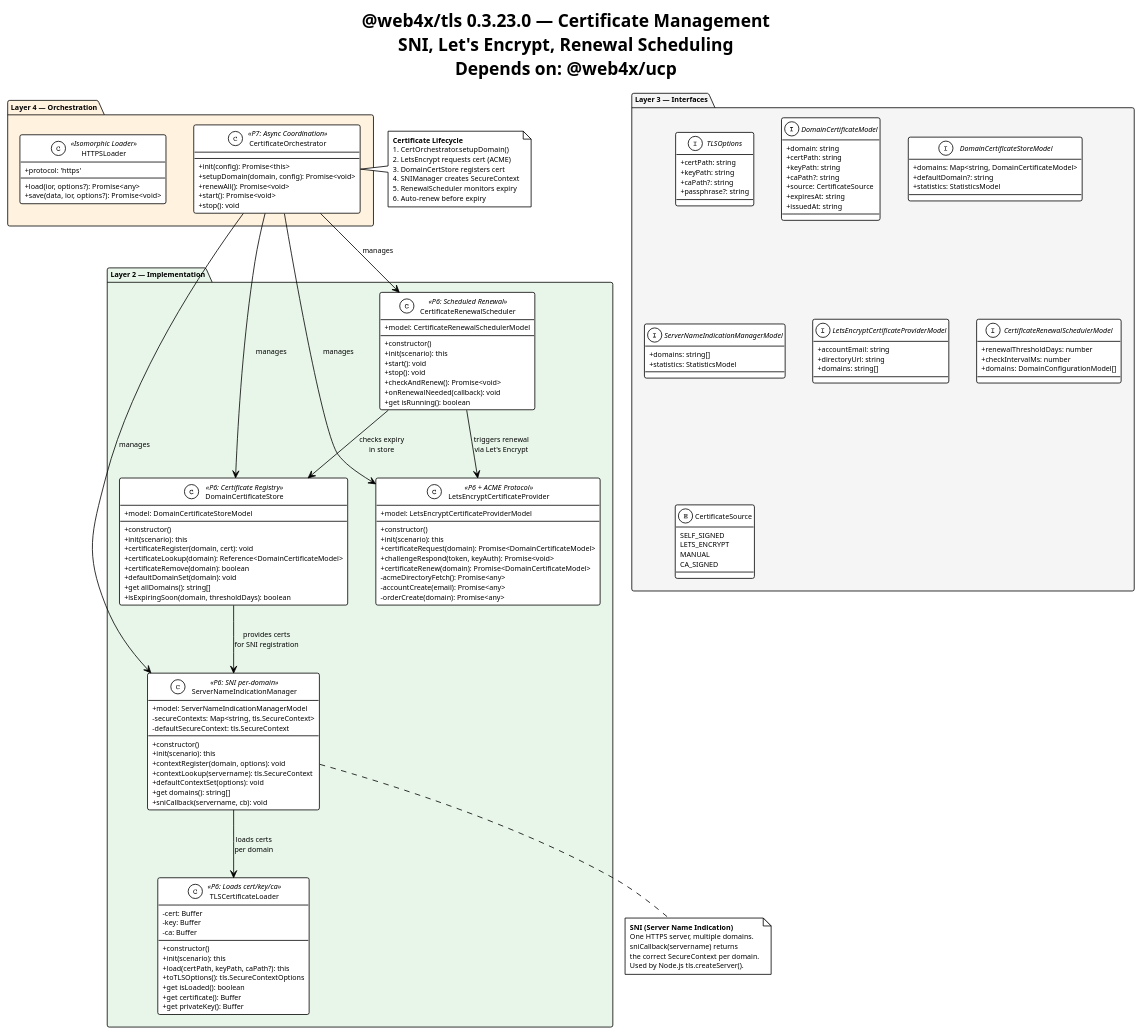
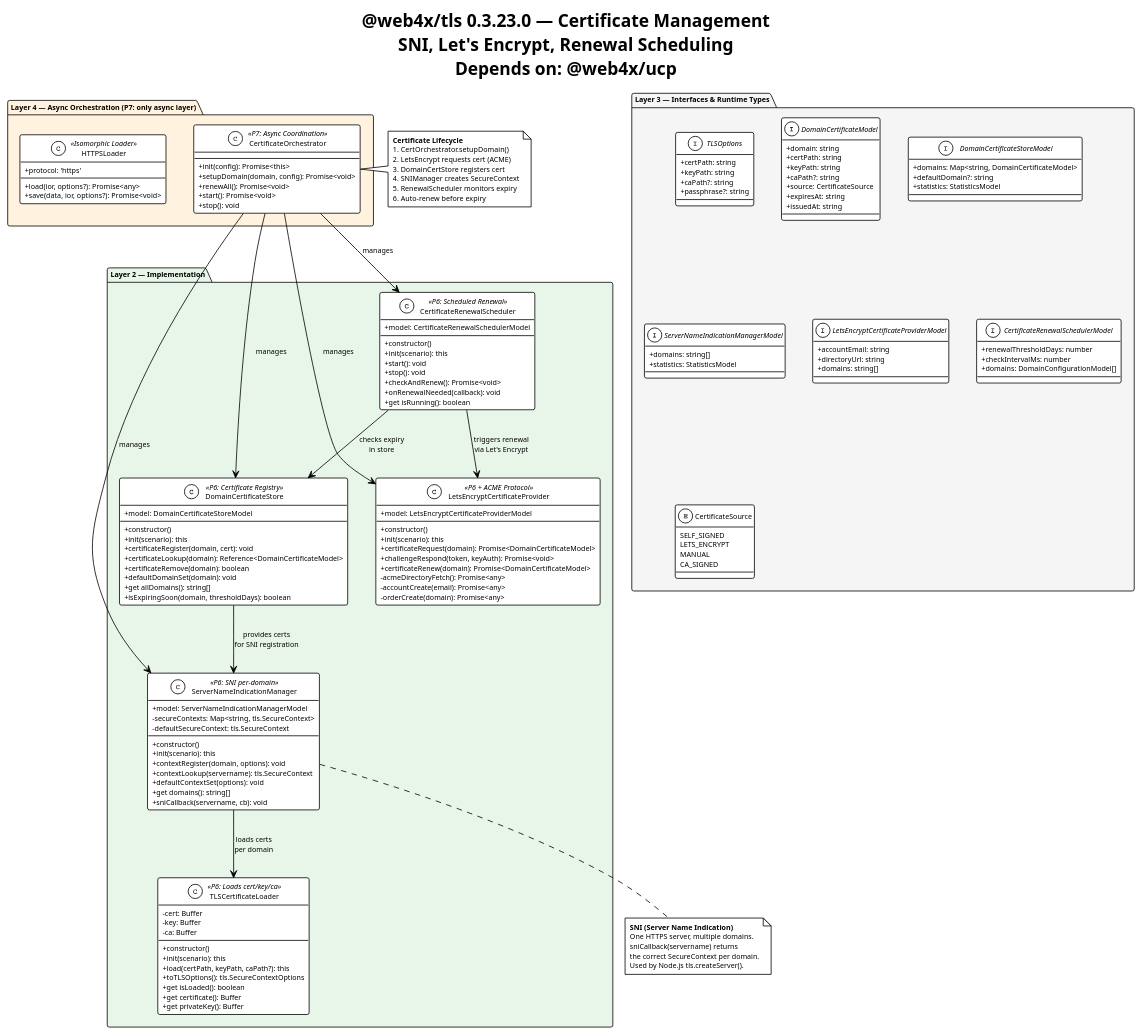
The diagram in components/TLS/0.3.23.0/src/puml/TLS-ClassDiagram.puml (Cerulean-Circle-GmbH/UpDown), drawn with PlantUML before and after one commit. The commit also changed 317 other files, not shown here.

```diff
--- a/components/TLS/0.3.23.0/src/puml/TLS-ClassDiagram.puml
+++ b/components/TLS/0.3.23.0/src/puml/TLS-ClassDiagram.puml
@@ -1,167 +1,167 @@
 @startuml TLS-ClassDiagram
 !theme plain
 skinparam backgroundColor White
 skinparam defaultFontName "Segoe UI"
 skinparam defaultFontSize 9
 skinparam classAttributeIconSize 0
 
 title @web4x/tls 0.3.23.0 — Certificate Management\nSNI, Let's Encrypt, Renewal Scheduling\nDepends on: @web4x/ucp
 
-package "Layer 3 — Interfaces" as L3 #F5F5F5 {
+package "Layer 3 — Interfaces & Runtime Types" as L3 #F5F5F5 {
   interface "TLSOptions" as ITLS {
     + certPath: string
     + keyPath: string
     + caPath?: string
     + passphrase?: string
   }
 
   interface "DomainCertificateModel" as IDCM {
     + domain: string
     + certPath: string
     + keyPath: string
     + caPath?: string
     + source: CertificateSource
     + expiresAt: string
     + issuedAt: string
   }
 
   interface "DomainCertificateStoreModel" as IDCSM {
     + domains: Map<string, DomainCertificateModel>
     + defaultDomain?: string
     + statistics: StatisticsModel
   }
 
   interface "ServerNameIndicationManagerModel" as ISNIM {
     + domains: string[]
     + statistics: StatisticsModel
   }
 
   interface "LetsEncryptCertificateProviderModel" as ILECPM {
     + accountEmail: string
     + directoryUrl: string
     + domains: string[]
   }
 
   interface "CertificateRenewalSchedulerModel" as ICRSM {
     + renewalThresholdDays: number
     + checkIntervalMs: number
     + domains: DomainConfigurationModel[]
   }
 
   enum "CertificateSource" as CS {
     SELF_SIGNED
     LETS_ENCRYPT
     MANUAL
     CA_SIGNED
   }
 }
 
 package "Layer 2 — Implementation" as L2 #E8F5E9 {
 
   class "TLSCertificateLoader" as TCL <<P6: Loads cert/key/ca>> {
     - cert: Buffer
     - key: Buffer
     - ca: Buffer
     + constructor()
     + init(scenario): this
     + load(certPath, keyPath, caPath?): this
     + toTLSOptions(): tls.SecureContextOptions
     + get isLoaded(): boolean
     + get certificate(): Buffer
     + get privateKey(): Buffer
   }
 
   class "ServerNameIndicationManager" as SNIM <<P6: SNI per-domain>> {
     + model: ServerNameIndicationManagerModel
     - secureContexts: Map<string, tls.SecureContext>
     - defaultSecureContext: tls.SecureContext
     + constructor()
     + init(scenario): this
     + contextRegister(domain, options): void
     + contextLookup(servername): tls.SecureContext
     + defaultContextSet(options): void
     + get domains(): string[]
     + sniCallback(servername, cb): void
   }
 
   class "DomainCertificateStore" as DCS <<P6: Certificate Registry>> {
     + model: DomainCertificateStoreModel
     + constructor()
     + init(scenario): this
     + certificateRegister(domain, cert): void
     + certificateLookup(domain): Reference<DomainCertificateModel>
     + certificateRemove(domain): boolean
     + defaultDomainSet(domain): void
     + get allDomains(): string[]
     + isExpiringSoon(domain, thresholdDays): boolean
   }
 
   class "LetsEncryptCertificateProvider" as LECP <<P6 + ACME Protocol>> {
     + model: LetsEncryptCertificateProviderModel
     + constructor()
     + init(scenario): this
     + certificateRequest(domain): Promise<DomainCertificateModel>
     + challengeRespond(token, keyAuth): Promise<void>
     + certificateRenew(domain): Promise<DomainCertificateModel>
     - acmeDirectoryFetch(): Promise<any>
     - accountCreate(email): Promise<any>
     - orderCreate(domain): Promise<any>
   }
 
   class "CertificateRenewalScheduler" as CRS <<P6: Scheduled Renewal>> {
     + model: CertificateRenewalSchedulerModel
     + constructor()
     + init(scenario): this
     + start(): void
     + stop(): void
     + checkAndRenew(): Promise<void>
     + onRenewalNeeded(callback): void
     + get isRunning(): boolean
   }
 
   SNIM --> TCL : loads certs\nper domain
   DCS --> SNIM : provides certs\nfor SNI registration
   CRS --> DCS : checks expiry\nin store
   CRS --> LECP : triggers renewal\nvia Let's Encrypt
 }
 
-package "Layer 4 — Orchestration" as L4 #FFF3E0 {
+package "Layer 4 — Async Orchestration (P7: only async layer)" as L4 #FFF3E0 {
   class "CertificateOrchestrator" as CO <<P7: Async Coordination>> {
     + init(config): Promise<this>
     + setupDomain(domain, config): Promise<void>
     + renewAll(): Promise<void>
     + start(): Promise<void>
     + stop(): void
   }
 
   class "HTTPSLoader" as HTTPSL <<Isomorphic Loader>> {
     + protocol: 'https'
     + load(ior, options?): Promise<any>
     + save(data, ior, options?): Promise<void>
   }
 
   CO --> SNIM : manages
   CO --> DCS : manages
   CO --> LECP : manages
   CO --> CRS : manages
 }
 
 note right of CO
   **Certificate Lifecycle**
   1. CertOrchestrator.setupDomain()
   2. LetsEncrypt requests cert (ACME)
   3. DomainCertStore registers cert
   4. SNIManager creates SecureContext
   5. RenewalScheduler monitors expiry
   6. Auto-renew before expiry
 end note
 
 note bottom of SNIM
   **SNI (Server Name Indication)**
   One HTTPS server, multiple domains.
   sniCallback(servername) returns
   the correct SecureContext per domain.
   Used by Node.js tls.createServer().
 end note
 
 @enduml
```
